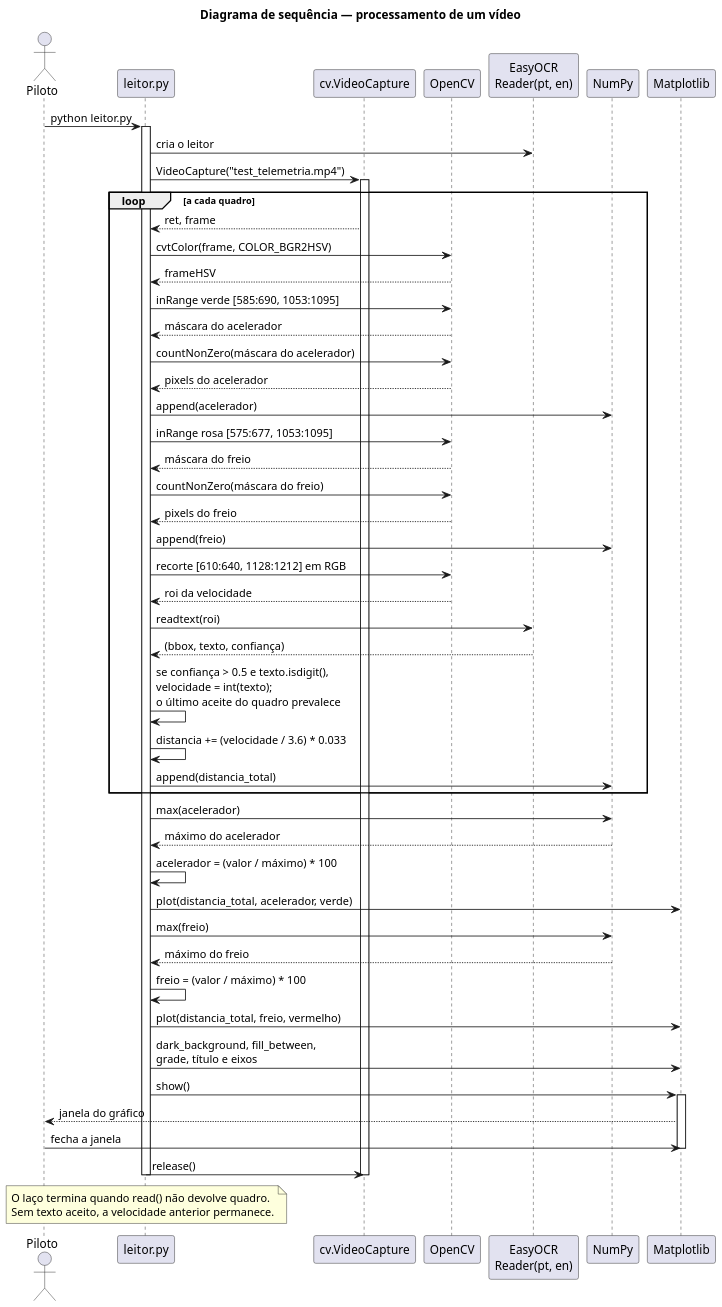
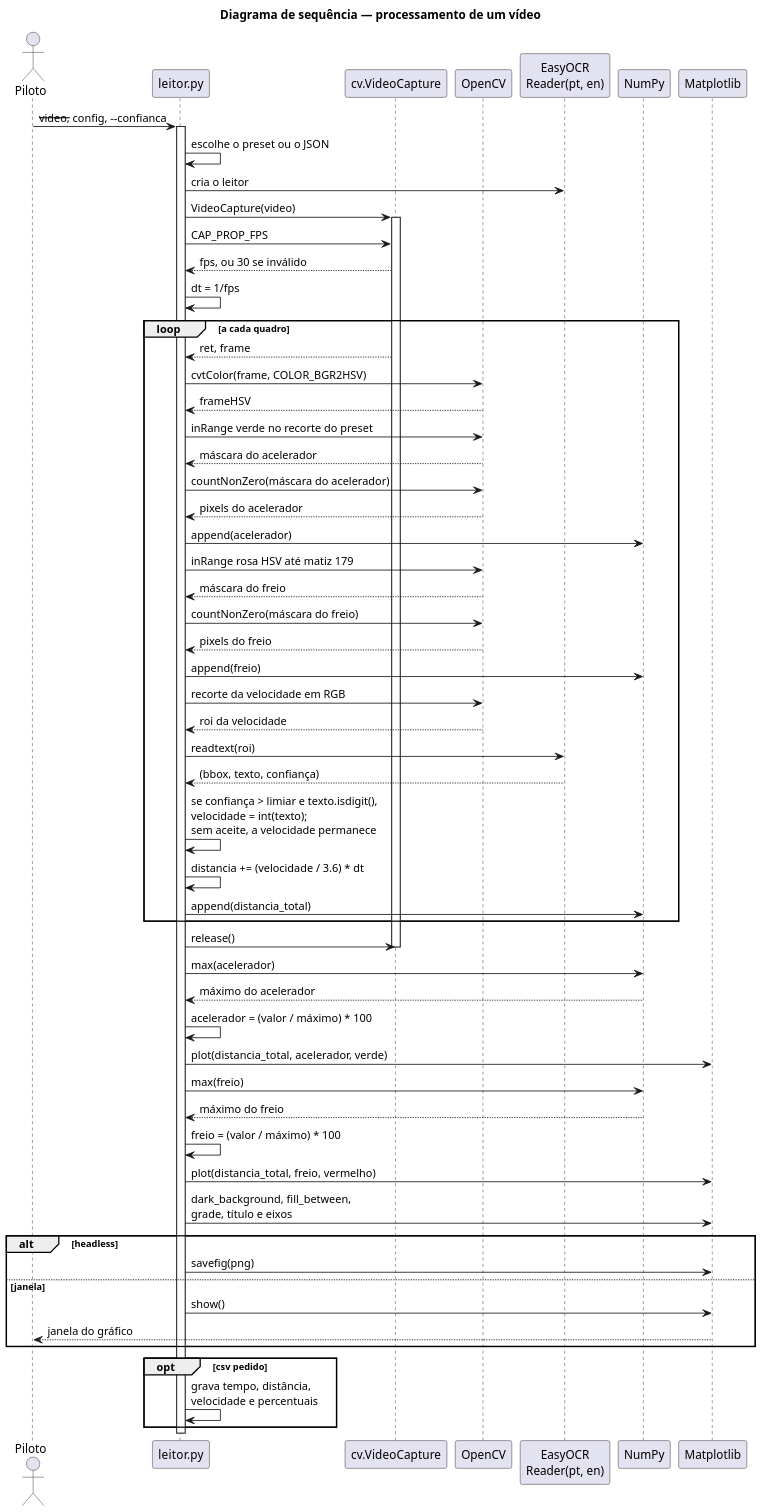
Before and after one commit to Matheus-Hen/telemetria_cloud: the diagram in docs/diagramas/diagrama-sequencia.puml, drawn with PlantUML. The commit also changed 10 other files, not shown here.

```diff
--- a/docs/diagramas/diagrama-sequencia.puml
+++ b/docs/diagramas/diagrama-sequencia.puml
@@ -1,69 +1,72 @@
 @startuml diagrama-sequencia
 skinparam shadowing false
 skinparam dpi 130
 skinparam backgroundColor white
 skinparam sequenceMessageAlign left
 skinparam responseMessageBelowArrow true
 
 title Diagrama de sequência — processamento de um vídeo
 
 actor Piloto
 participant "leitor.py" as L
 participant "cv.VideoCapture" as Cap
 participant "OpenCV" as CV
 participant "EasyOCR\nReader(pt, en)" as OCR
 participant "NumPy" as NP
 participant "Matplotlib" as PLT
 
-Piloto -> L: python leitor.py
+Piloto -> L: --video, --config, --confianca
 activate L
+L -> L: escolhe o preset ou o JSON
 L -> OCR: cria o leitor
-L -> Cap: VideoCapture("test_telemetria.mp4")
+L -> Cap: VideoCapture(video)
 activate Cap
+L -> Cap: CAP_PROP_FPS
+Cap --> L: fps, ou 30 se inválido
+L -> L: dt = 1/fps
 
 loop a cada quadro
   Cap --> L: ret, frame
   L -> CV: cvtColor(frame, COLOR_BGR2HSV)
   CV --> L: frameHSV
-  L -> CV: inRange verde [585:690, 1053:1095]
+  L -> CV: inRange verde no recorte do preset
   CV --> L: máscara do acelerador
   L -> CV: countNonZero(máscara do acelerador)
   CV --> L: pixels do acelerador
   L -> NP: append(acelerador)
-  L -> CV: inRange rosa [575:677, 1053:1095]
+  L -> CV: inRange rosa HSV até matiz 179
   CV --> L: máscara do freio
   L -> CV: countNonZero(máscara do freio)
   CV --> L: pixels do freio
   L -> NP: append(freio)
-  L -> CV: recorte [610:640, 1128:1212] em RGB
+  L -> CV: recorte da velocidade em RGB
   CV --> L: roi da velocidade
   L -> OCR: readtext(roi)
   OCR --> L: (bbox, texto, confiança)
-  L -> L: se confiança > 0.5 e texto.isdigit(),\nvelocidade = int(texto);\no último aceite do quadro prevalece
-  L -> L: distancia += (velocidade / 3.6) * 0.033
+  L -> L: se confiança > limiar e texto.isdigit(),\nvelocidade = int(texto);\nsem aceite, a velocidade permanece
+  L -> L: distancia += (velocidade / 3.6) * dt
   L -> NP: append(distancia_total)
 end
+L -> Cap: release()
+deactivate Cap
 
 L -> NP: max(acelerador)
 NP --> L: máximo do acelerador
 L -> L: acelerador = (valor / máximo) * 100
 L -> PLT: plot(distancia_total, acelerador, verde)
 L -> NP: max(freio)
 NP --> L: máximo do freio
 L -> L: freio = (valor / máximo) * 100
 L -> PLT: plot(distancia_total, freio, vermelho)
 L -> PLT: dark_background, fill_between,\ngrade, título e eixos
-L -> PLT: show()
-activate PLT
-PLT --> Piloto: janela do gráfico
-Piloto -> PLT: fecha a janela
-deactivate PLT
-L -> Cap: release()
-deactivate Cap
+alt headless
+  L -> PLT: savefig(png)
+else janela
+  L -> PLT: show()
+  PLT --> Piloto: janela do gráfico
+end
+opt csv pedido
+  L -> L: grava tempo, distância,\nvelocidade e percentuais
+end
 deactivate L
-
-note over L
-  O laço termina quando read() não devolve quadro.
-  Sem texto aceito, a velocidade anterior permanece.
-end note
 @enduml
```
